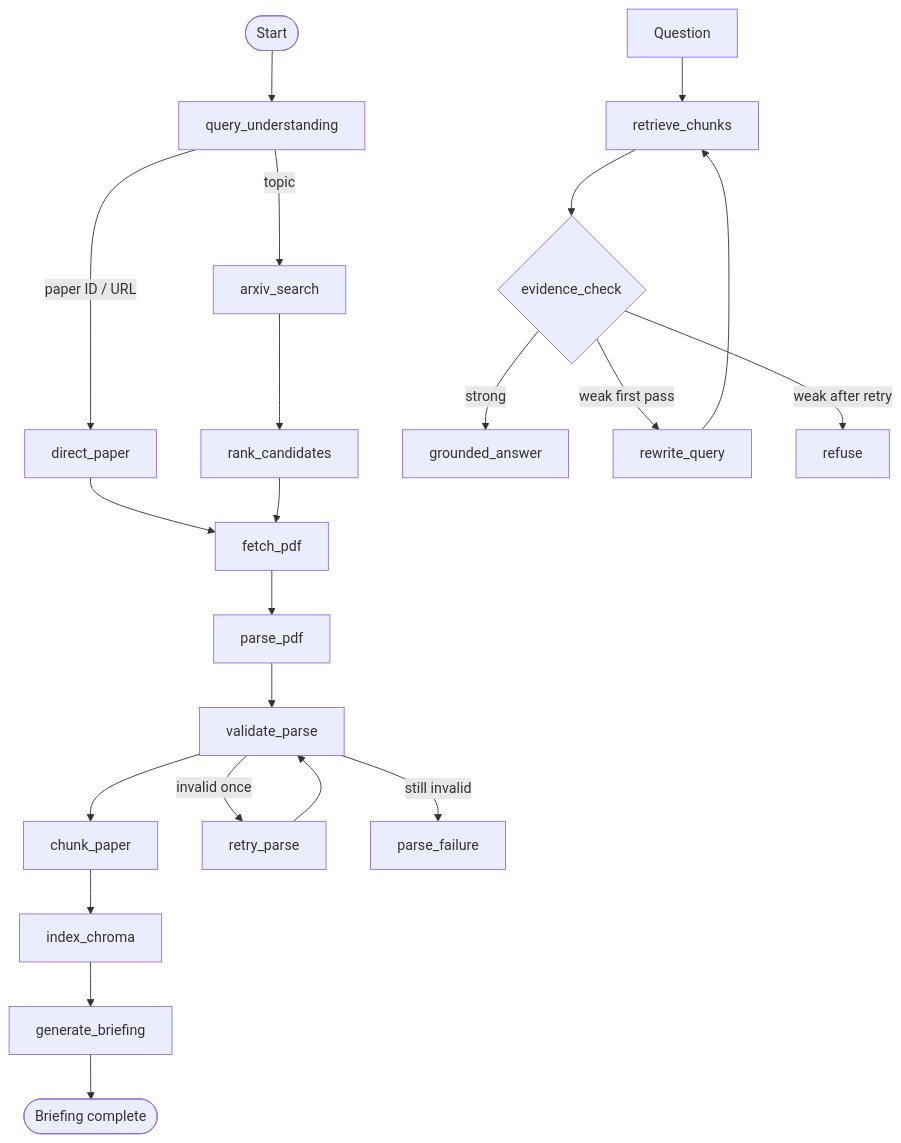
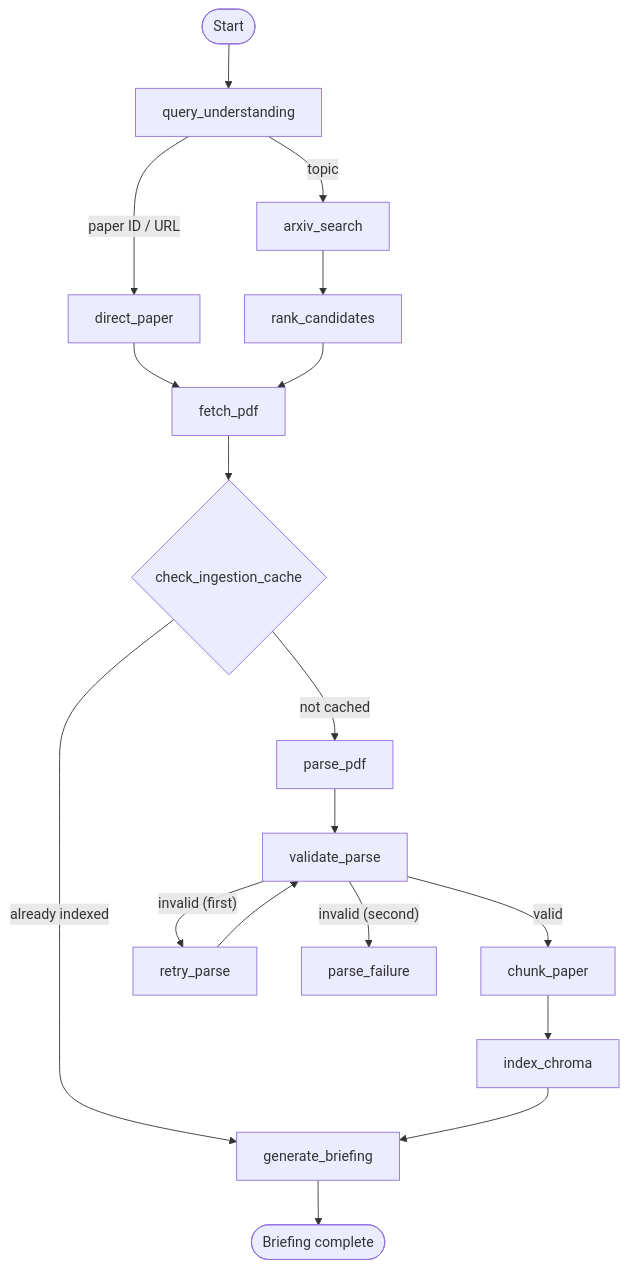
One commit to divy-jn/arxiv-digest-agent changed the first of 2 diagrams in README.md. Above: the diagram before and after it, drawn with Mermaid. The commit also changed other lines of this file and 2 other files, not shown here.

Commit message:
Update README with architecture diagrams, example run, and design decisions

````diff
--- a/README.md
+++ b/README.md
@@ -22,16 +26,17 @@
 ```mermaid
 flowchart TD
   S([Start]) --> U[query_understanding]
   U -->|paper ID / URL| D[direct_paper]
   U -->|topic| AS[arxiv_search] --> R[rank_candidates]
   D --> F[fetch_pdf]
-  R --> F --> P[parse_pdf] --> V[validate_parse] --> C[chunk_paper]
-  C --> I[index_chroma] --> B[generate_briefing] --> E([Briefing complete])
-  V -->|invalid once| PR[retry_parse] --> V
-  V -->|still invalid| PF[parse_failure]
-  Q[Question] --> RC[retrieve_chunks]
-  RC --> EC{evidence_check}
-  EC -->|strong| A[grounded_answer]
-  EC -->|weak first pass| W[rewrite_query] --> RC
-  EC -->|weak after retry| X[refuse]
+  R --> F
+  F --> CC{check_ingestion_cache}
+  CC -->|"already indexed"| B[generate_briefing]
+  CC -->|"not cached"| P[parse_pdf]
+  P --> V[validate_parse]
+  V -->|valid| C[chunk_paper]
+  V -->|"invalid (first)"| PR[retry_parse] --> V
+  V -->|"invalid (second)"| PF[parse_failure]
+  C --> I[index_chroma] --> B
+  B --> E([Briefing complete])
 ```
````
